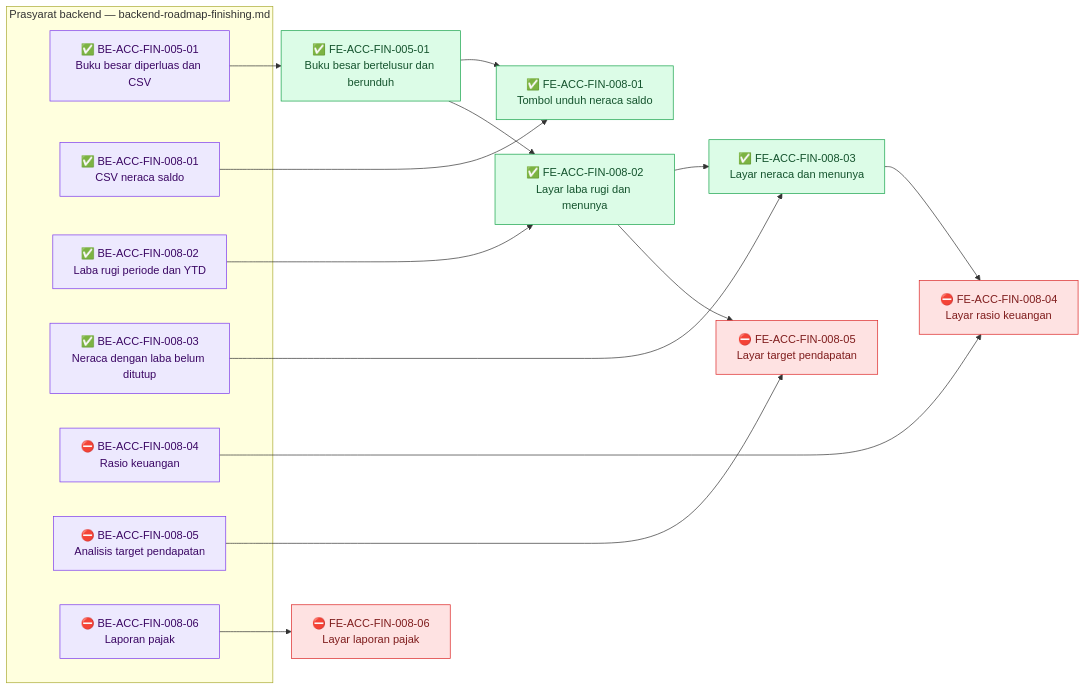
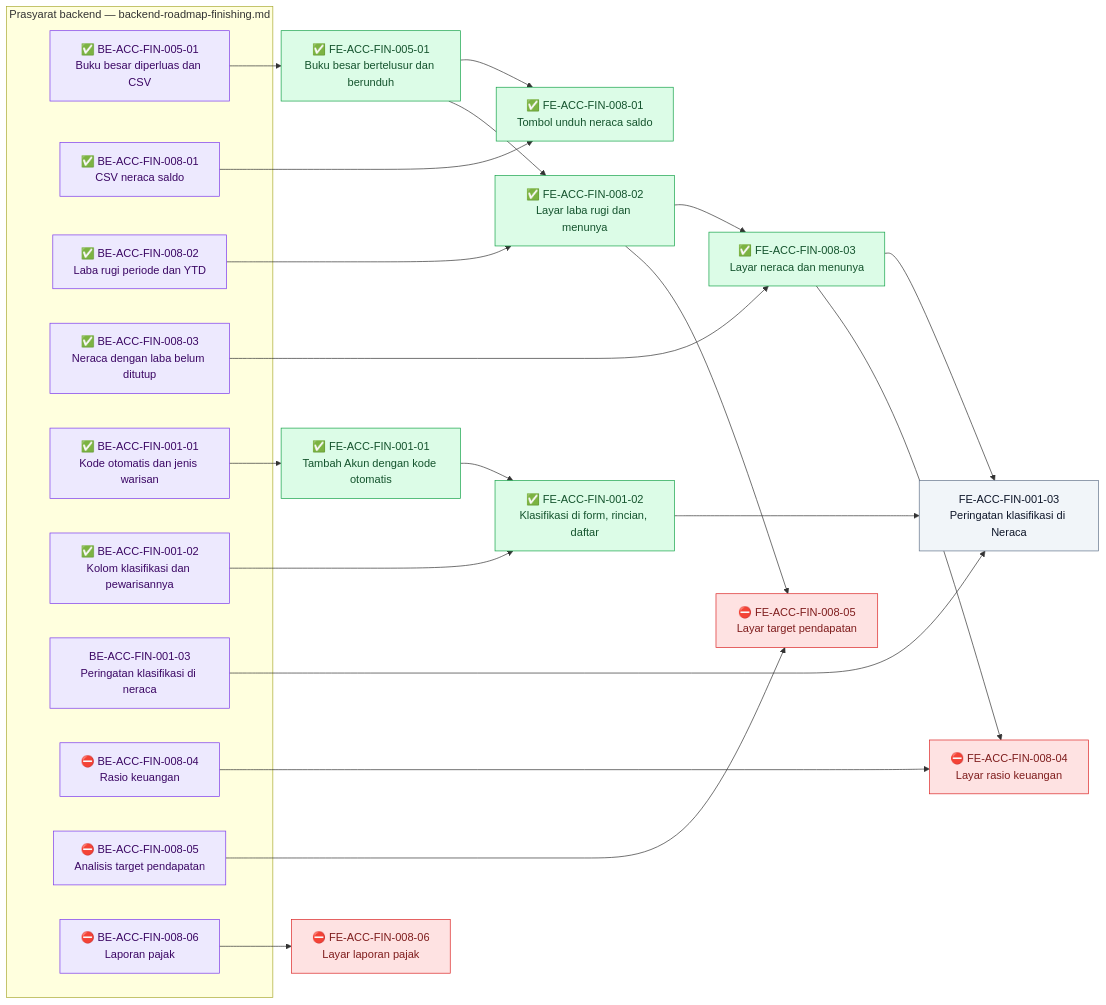
Before and after one commit to DevBenari/NewQuilvianSystemBackend: the diagram in docs/module-blueprints/accounting/roadmap/frontend-roadmap-finishing.md, drawn with Mermaid. The commit also changed other lines of this file and 21 other files, not shown here.

First line of the commit message:
docs(accounting): desain, roadmap, dan laporan Amendment ACC-FIN-001 Master COA

````diff
--- a/docs/module-blueprints/accounting/roadmap/frontend-roadmap-finishing.md
+++ b/docs/module-blueprints/accounting/roadmap/frontend-roadmap-finishing.md
@@ -40,39 +40,51 @@
 ```mermaid
 flowchart LR
     classDef selesai fill:#DCFCE7,stroke:#16A34A,color:#14532D
     classDef sebagian fill:#FEF9C3,stroke:#CA8A04,color:#713F12
     classDef terblokir fill:#FEE2E2,stroke:#DC2626,color:#7F1D1D
     classDef belum fill:#F1F5F9,stroke:#64748B,color:#0F172A
     classDef luar fill:#EDE9FE,stroke:#7C3AED,color:#3B0764
 
     subgraph backend["Prasyarat backend — backend-roadmap-finishing.md"]
         BEACCFIN00501["✅ BE-ACC-FIN-005-01<br/>Buku besar diperluas dan CSV"]:::luar
         BEACCFIN00801["✅ BE-ACC-FIN-008-01<br/>CSV neraca saldo"]:::luar
         BEACCFIN00802["✅ BE-ACC-FIN-008-02<br/>Laba rugi periode dan YTD"]:::luar
         BEACCFIN00803["✅ BE-ACC-FIN-008-03<br/>Neraca dengan laba belum ditutup"]:::luar
+        BEACCFIN00101["✅ BE-ACC-FIN-001-01<br/>Kode otomatis dan jenis warisan"]:::luar
+        BEACCFIN00102["✅ BE-ACC-FIN-001-02<br/>Kolom klasifikasi dan pewarisannya"]:::luar
+        BEACCFIN00103["BE-ACC-FIN-001-03<br/>Peringatan klasifikasi di neraca"]:::luar
         BEACCFIN00804["⛔ BE-ACC-FIN-008-04<br/>Rasio keuangan"]:::luar
         BEACCFIN00805["⛔ BE-ACC-FIN-008-05<br/>Analisis target pendapatan"]:::luar
         BEACCFIN00806["⛔ BE-ACC-FIN-008-06<br/>Laporan pajak"]:::luar
     end
 
     FEACCFIN00501["✅ FE-ACC-FIN-005-01<br/>Buku besar bertelusur dan berunduh"]:::selesai
     FEACCFIN00801["✅ FE-ACC-FIN-008-01<br/>Tombol unduh neraca saldo"]:::selesai
     FEACCFIN00802["✅ FE-ACC-FIN-008-02<br/>Layar laba rugi dan menunya"]:::selesai
     FEACCFIN00803["✅ FE-ACC-FIN-008-03<br/>Layar neraca dan menunya"]:::selesai
+    FEACCFIN00101["✅ FE-ACC-FIN-001-01<br/>Tambah Akun dengan kode otomatis"]:::selesai
+    FEACCFIN00102["✅ FE-ACC-FIN-001-02<br/>Klasifikasi di form, rincian, daftar"]:::selesai
+    FEACCFIN00103["FE-ACC-FIN-001-03<br/>Peringatan klasifikasi di Neraca"]:::belum
     FEACCFIN00804["⛔ FE-ACC-FIN-008-04<br/>Layar rasio keuangan"]:::terblokir
     FEACCFIN00805["⛔ FE-ACC-FIN-008-05<br/>Layar target pendapatan"]:::terblokir
     FEACCFIN00806["⛔ FE-ACC-FIN-008-06<br/>Layar laporan pajak"]:::terblokir
 
     BEACCFIN00501 --> FEACCFIN00501
     BEACCFIN00801 --> FEACCFIN00801
     FEACCFIN00501 --> FEACCFIN00801
     BEACCFIN00802 --> FEACCFIN00802
     FEACCFIN00501 --> FEACCFIN00802
     BEACCFIN00803 --> FEACCFIN00803
     FEACCFIN00802 --> FEACCFIN00803
+    BEACCFIN00101 --> FEACCFIN00101
+    BEACCFIN00102 --> FEACCFIN00102
+    FEACCFIN00101 --> FEACCFIN00102
+    BEACCFIN00103 --> FEACCFIN00103
+    FEACCFIN00102 --> FEACCFIN00103
+    FEACCFIN00803 --> FEACCFIN00103
     BEACCFIN00804 --> FEACCFIN00804
     FEACCFIN00803 --> FEACCFIN00804
     BEACCFIN00805 --> FEACCFIN00805
     FEACCFIN00802 --> FEACCFIN00805
     BEACCFIN00806 --> FEACCFIN00806
 ```
````
